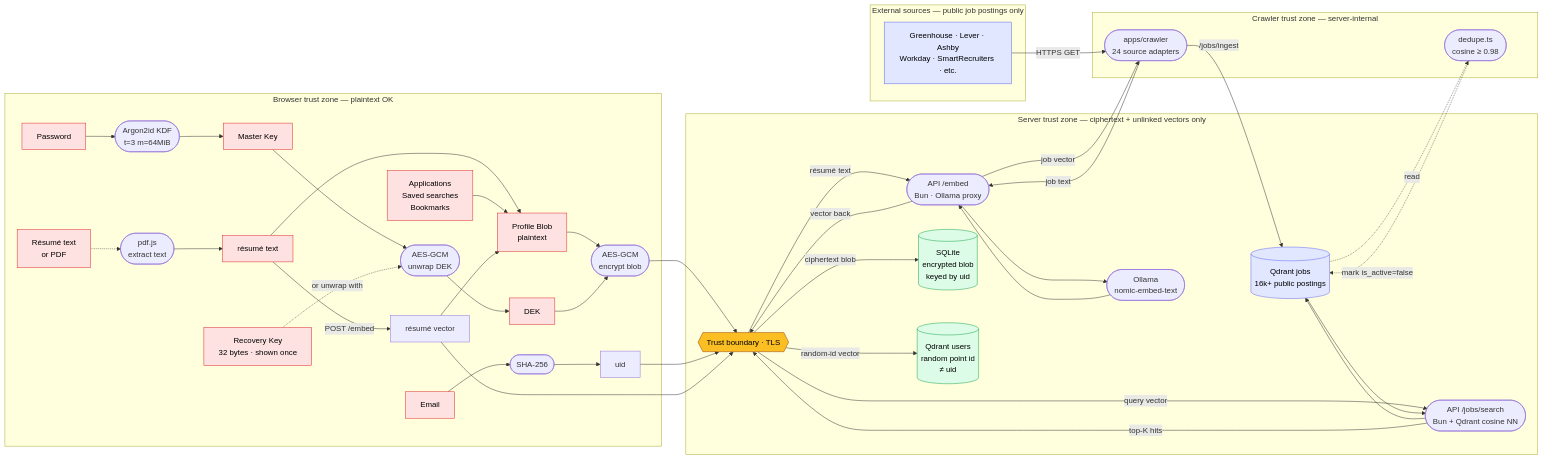
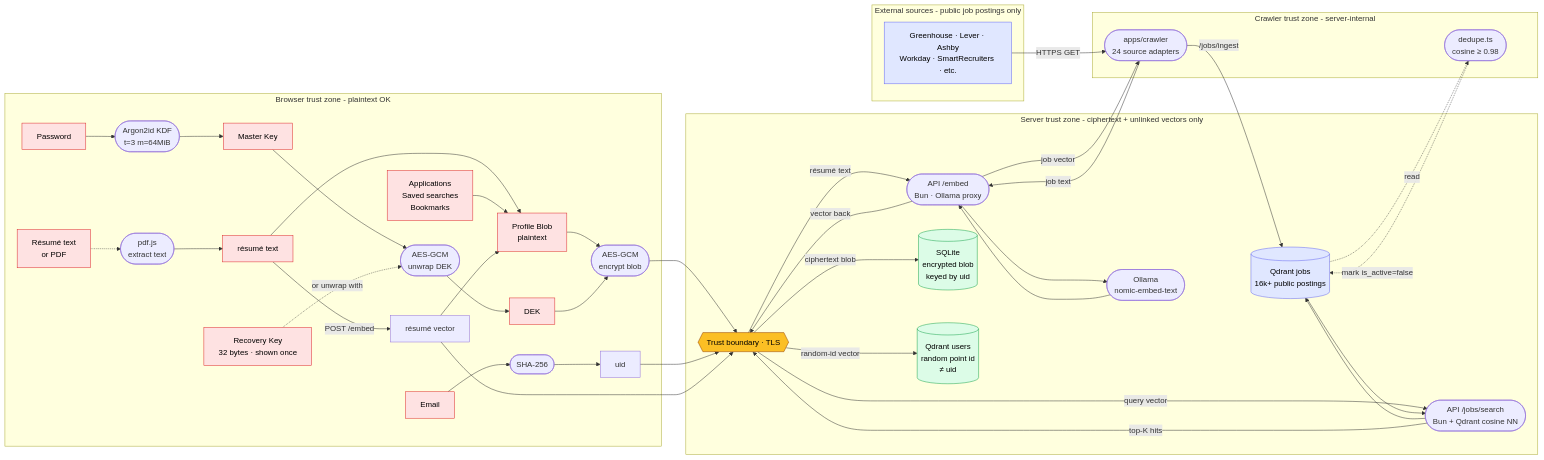
Before and after one commit to OM200401/OmniJOB: the second of 2 diagrams in docs/architecture.md, drawn with Mermaid. The commit also changed other lines of this file and 76 other files, not shown here.

````diff
--- a/docs/architecture.md
+++ b/docs/architecture.md
@@ -83,6 +83,6 @@
 ```mermaid
 flowchart LR
-    subgraph trust1["Browser trust zone — plaintext OK"]
+    subgraph trust1["Browser trust zone - plaintext OK"]
         EMAIL[Email]
         PASSWD[Password]
         RESUME[Résumé text<br/>or PDF]
@@ -125,7 +125,7 @@
     UID --> BOUNDARY
     EMBED_OUT --> BOUNDARY
 
-    subgraph trust2["Server trust zone — ciphertext + unlinked vectors only"]
+    subgraph trust2["Server trust zone - ciphertext + unlinked vectors only"]
         EMBED_PROXY([API /embed<br/>Bun · Ollama proxy])
         OLLAMA_P([Ollama<br/>nomic-embed-text])
         BLOB_CT[(SQLite<br/>encrypted blob<br/>keyed by uid)]
@@ -147,11 +147,11 @@
         SEARCH_API -- top-K hits --> BOUNDARY
     end
 
-    subgraph trust3["External sources — public job postings only"]
+    subgraph trust3["External sources - public job postings only"]
         ATS_EXT[Greenhouse · Lever · Ashby<br/>Workday · SmartRecruiters · etc.]
     end
 
-    subgraph crawler_zone["Crawler trust zone — server-internal"]
+    subgraph crawler_zone["Crawler trust zone - server-internal"]
         CRAWLER([apps/crawler<br/>24 source adapters])
         DEDUP_PROC([dedupe.ts<br/>cosine ≥ 0.98])
 
````
